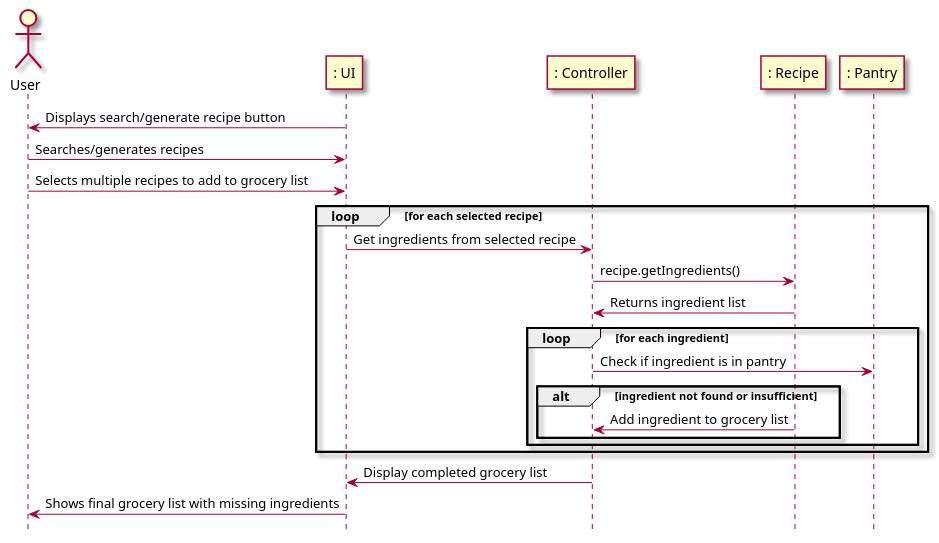
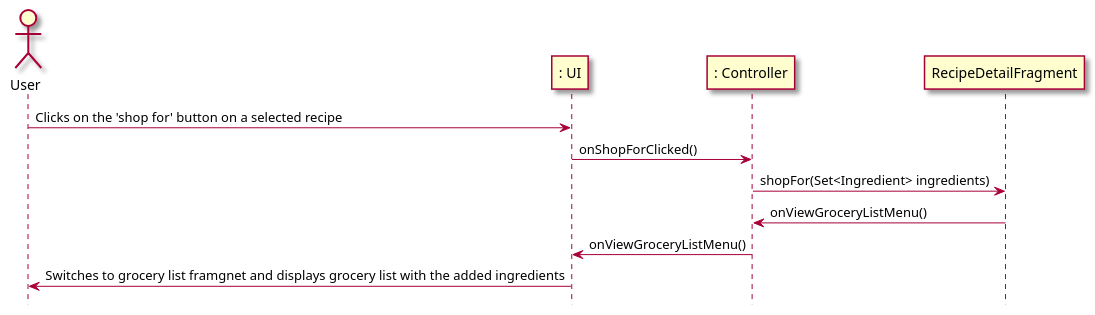
One commit to berthashipper/Pantry-Pal-Android-Application changed the second of 2 diagrams in intellij/doc/use-cases/generate_grocery_list.md. Above: the diagram before and after it, drawn with PlantUML.

Commit message:
Updated generate_grocery_list use case to use method call notation

````diff
--- a/intellij/doc/use-cases/generate_grocery_list.md
+++ b/intellij/doc/use-cases/generate_grocery_list.md
@@ -67,36 +67,21 @@
 ```plantuml
 @startuml
 skin rose
 
 hide footbox
 
 actor User as user
 participant ": UI" as ui
 participant ": Controller" as cont
-participant ": Recipe" as rec
-participant ": Pantry" as pantry
 
-ui -> user: Displays search/generate recipe button
-user -> ui: Searches/generates recipes
-user -> ui: Selects multiple recipes to add to grocery list
+user -> ui: Clicks on the 'shop for' button on a selected recipe
+ui -> cont: onShopForClicked()
+cont -> RecipeDetailFragment : shopFor(Set<Ingredient> ingredients)
+RecipeDetailFragment -> cont : onViewGroceryListMenu()
+cont -> ui : onViewGroceryListMenu()
 
-loop for each selected recipe
-    ui -> cont: Get ingredients from selected recipe
-    cont -> rec: recipe.getIngredients()
-    rec -> cont: Returns ingredient list
-    
-    'Loop for each ingredient in the recipe
-    loop for each ingredient
-        cont -> pantry: Check if ingredient is in pantry
-        alt ingredient not found or insufficient
-            rec -> cont: Add ingredient to grocery list
-        end
-    end
-end
 
-cont -> ui: Display completed grocery list
-ui -> user: Shows final grocery list with missing ingredients
-
+ui -> user: Switches to grocery list framgnet and displays grocery list with the added ingredients
 
 @enduml
 ```
````
